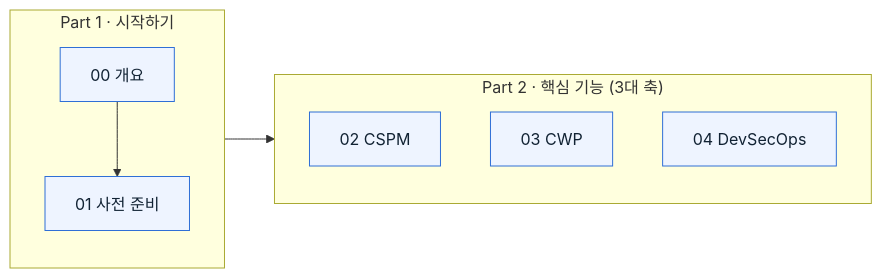
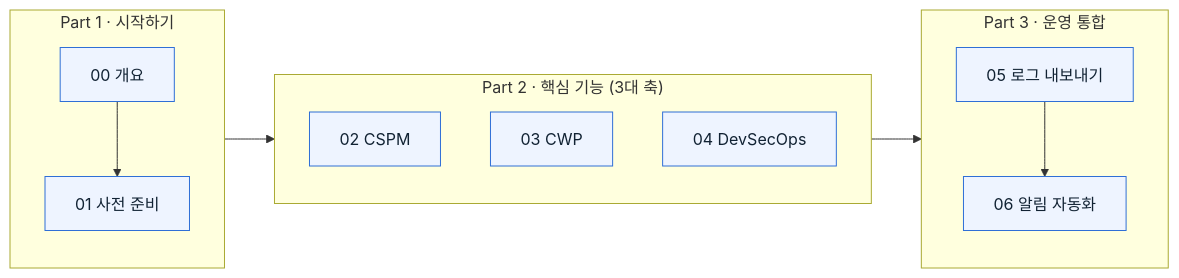
One commit to akimcse/defender-for-cloud-guide-kr changed the diagram in README.md. Above: the diagram before and after it, drawn with Mermaid. The commit also changed other lines of this file and 13 other files, not shown here.

First line of the commit message:
Add Part 3 (operational integration): log export/query + alert notification automation

````diff
--- a/README.md
+++ b/README.md
@@ -29,21 +29,26 @@
 ```mermaid
 flowchart LR
     subgraph P1["Part 1 · 시작하기"]
         A0["00 개요"] --> A1["01 사전 준비"]
     end
     subgraph P2["Part 2 · 핵심 기능 (3대 축)"]
         B3["02 CSPM"]
         B4["03 CWP"]
         B5["04 DevSecOps"]
     end
-    P1 --> P2
+    subgraph P3["Part 3 · 운영 통합"]
+        C5["05 로그 내보내기"] --> C6["06 알림 자동화"]
+    end
+    P1 --> P2 --> P3
 
     click A0 "#/00-overview" "00 개요"
     click A1 "#/01-prerequisites" "01 사전 준비"
     click B3 "#/02-cspm" "02 CSPM"
     click B4 "#/03-cwp" "03 CWP"
     click B5 "#/04-devsecops" "04 DevSecOps"
+    click C5 "#/05-log-export" "05 로그 내보내기"
+    click C6 "#/06-notifications" "06 알림 자동화"
 
     classDef node fill:#eef4ff,stroke:#2f6fd6,color:#123,stroke-width:1px;
-    class A0,A1,B3,B4,B5 node;
+    class A0,A1,B3,B4,B5,C5,C6 node;
 ```
````
